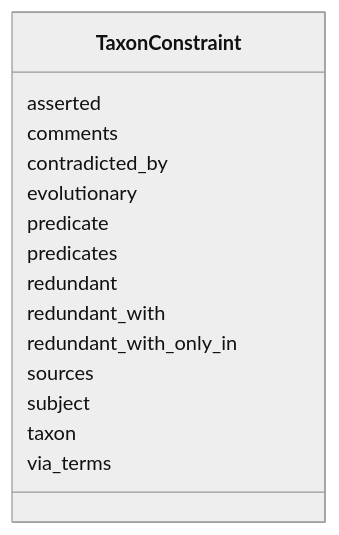
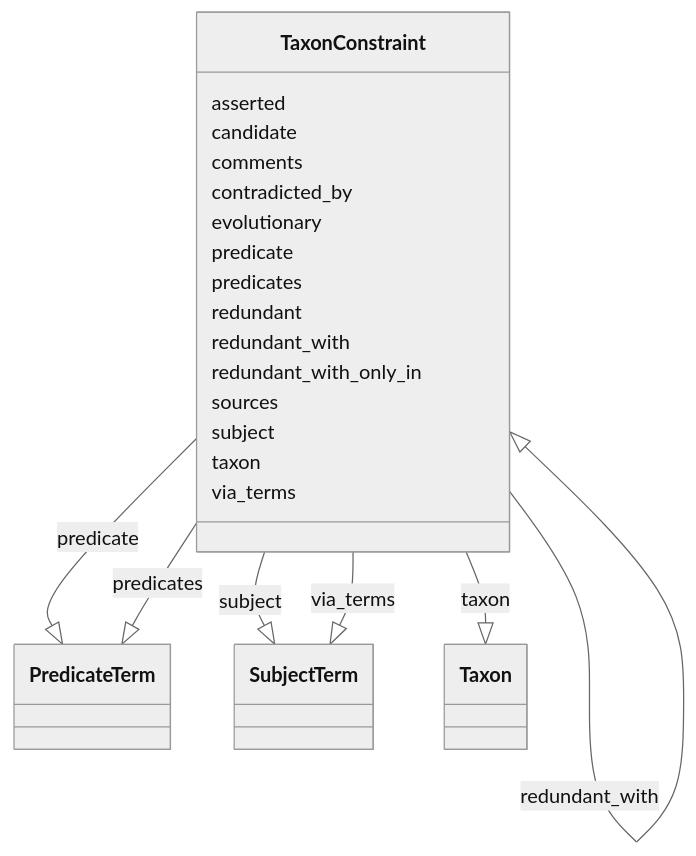
One commit to cthoyt/ontology-access-kit changed the diagram in taxon-constraints/TaxonConstraint.md. Above: the diagram before and after it, drawn with Mermaid (neutral theme). The commit also changed other lines of this file and 3287 other files, not shown here.

````diff
--- a/taxon-constraints/TaxonConstraint.md
+++ b/taxon-constraints/TaxonConstraint.md
@@ -11,18 +14,47 @@
 ```{mermaid}
  classDiagram
     class TaxonConstraint
       TaxonConstraint : asserted
+        
+      TaxonConstraint : candidate
+        
       TaxonConstraint : comments
+        
       TaxonConstraint : contradicted_by
+        
+          TaxonConstraint --|> TaxonConstraint : contradicted_by
+        
       TaxonConstraint : evolutionary
+        
       TaxonConstraint : predicate
+        
+          TaxonConstraint --|> PredicateTerm : predicate
+        
       TaxonConstraint : predicates
+        
+          TaxonConstraint --|> PredicateTerm : predicates
+        
       TaxonConstraint : redundant
+        
       TaxonConstraint : redundant_with
+        
+          TaxonConstraint --|> TaxonConstraint : redundant_with
+        
       TaxonConstraint : redundant_with_only_in
+        
       TaxonConstraint : sources
+        
       TaxonConstraint : subject
+        
+          TaxonConstraint --|> SubjectTerm : subject
+        
       TaxonConstraint : taxon
+        
+          TaxonConstraint --|> Taxon : taxon
+        
       TaxonConstraint : via_terms
+        
+          TaxonConstraint --|> SubjectTerm : via_terms
+        
       
 ```
````
